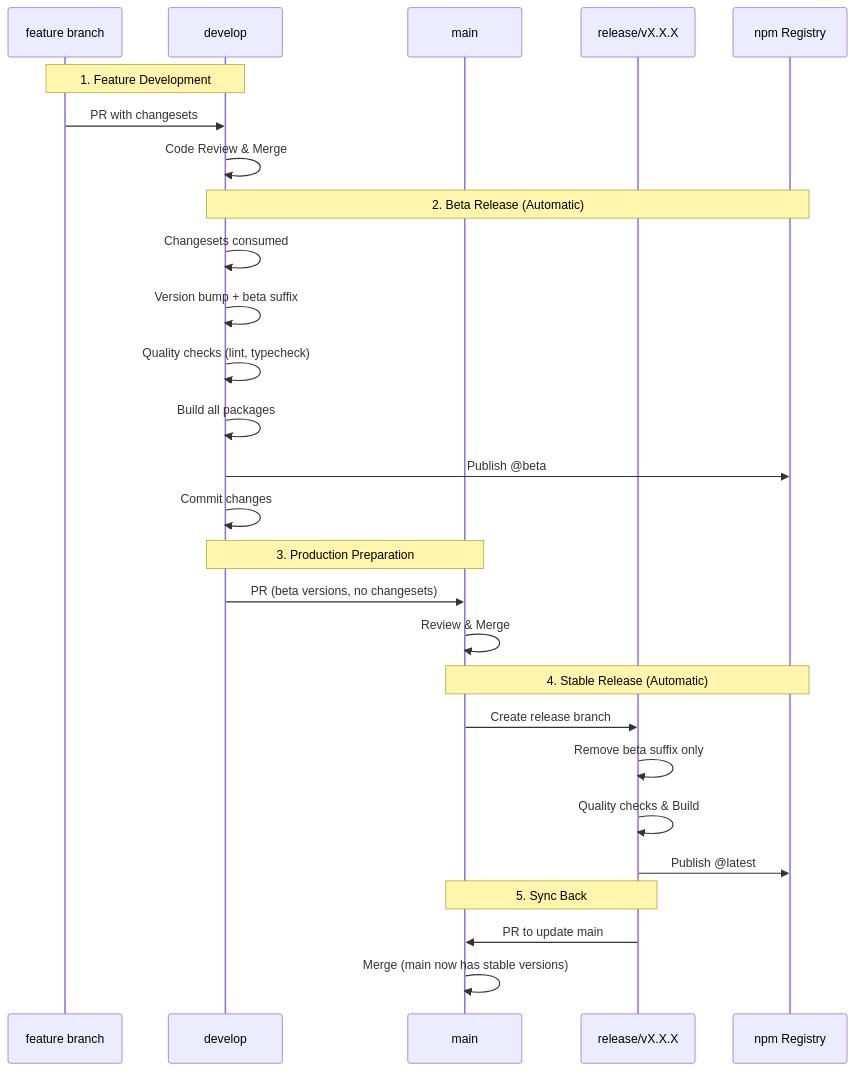
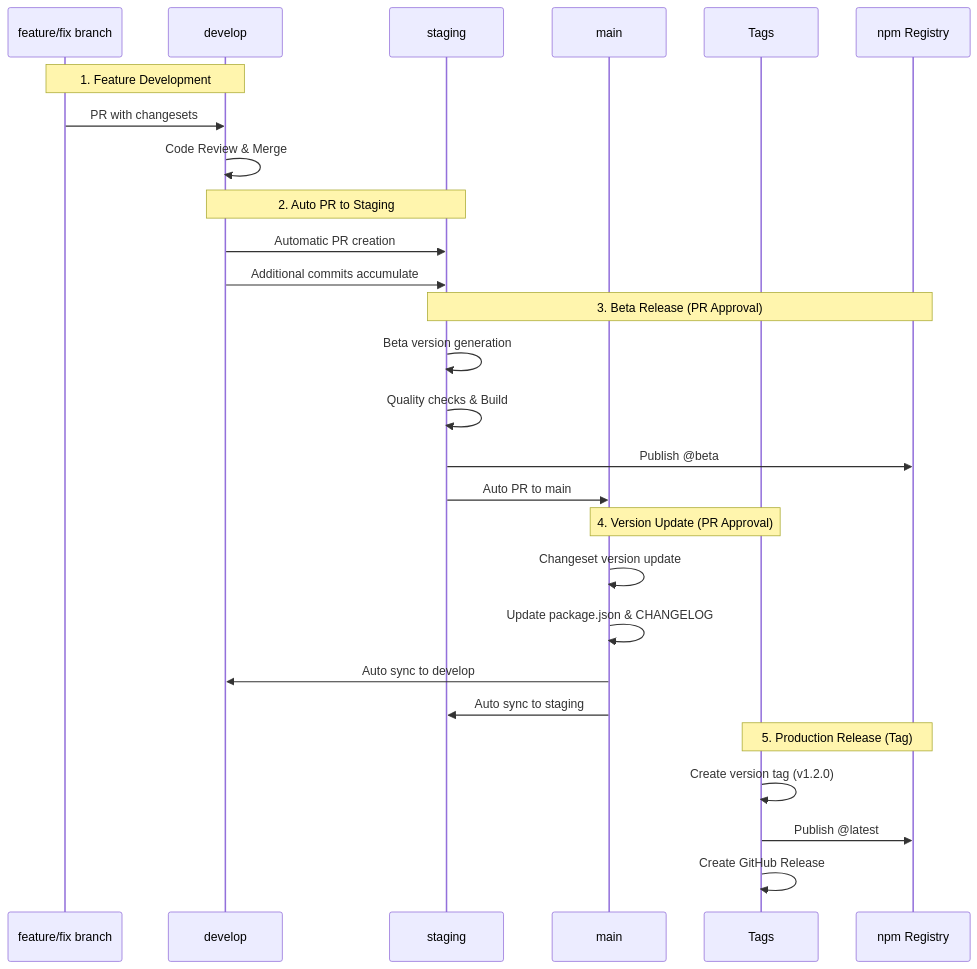
Before and after one commit to vue-pivottable/vue3-pivottable: the first of 2 diagrams in RELEASE_STRATEGY.md, drawn with Mermaid. The commit also changed other lines of this file and 9 other files, not shown here.

First line of the commit message:
feat: implement new Git Flow workflow strategy

````diff
--- a/RELEASE_STRATEGY.md
+++ b/RELEASE_STRATEGY.md
@@ -11,34 +11,34 @@
 ```mermaid
 sequenceDiagram
-    participant F as feature branch
+    participant F as feature/fix branch
     participant D as develop
+    participant S as staging
     participant M as main
-    participant R as release/vX.X.X
+    participant T as Tags
     participant NPM as npm Registry
     
     Note over F,D: 1. Feature Development
     F->>D: PR with changesets
     D->>D: Code Review & Merge
     
-    Note over D,NPM: 2. Beta Release (Automatic)
-    D->>D: Changesets consumed
-    D->>D: Version bump + beta suffix
-    D->>D: Quality checks (lint, typecheck)
-    D->>D: Build all packages
-    D->>NPM: Publish @beta
-    D->>D: Commit changes
+    Note over D,S: 2. Auto PR to Staging
+    D->>S: Automatic PR creation
+    D->>S: Additional commits accumulate
     
-    Note over D,M: 3. Production Preparation
-    D->>M: PR (beta versions, no changesets)
-    M->>M: Review & Merge
+    Note over S,NPM: 3. Beta Release (PR Approval)
+    S->>S: Beta version generation
+    S->>S: Quality checks & Build
+    S->>NPM: Publish @beta
+    S->>M: Auto PR to main
     
-    Note over M,NPM: 4. Stable Release (Automatic)
-    M->>R: Create release branch
-    R->>R: Remove beta suffix only
-    R->>R: Quality checks & Build
-    R->>NPM: Publish @latest
+    Note over M,T: 4. Version Update (PR Approval)
+    M->>M: Changeset version update
+    M->>M: Update package.json & CHANGELOG
+    M->>D: Auto sync to develop
+    M->>S: Auto sync to staging
     
-    Note over R,M: 5. Sync Back
-    R->>M: PR to update main
-    M->>M: Merge (main now has stable versions)
+    Note over T,NPM: 5. Production Release (Tag)
+    T->>T: Create version tag (v1.2.0)
+    T->>NPM: Publish @latest
+    T->>T: Create GitHub Release
 ```
````
